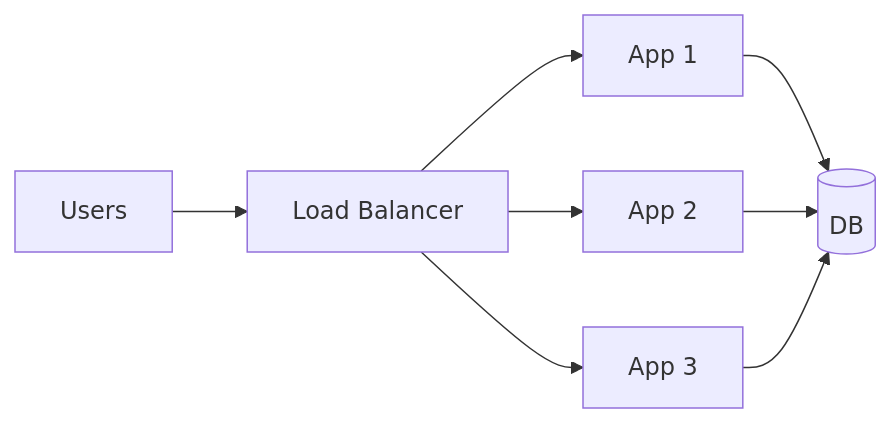
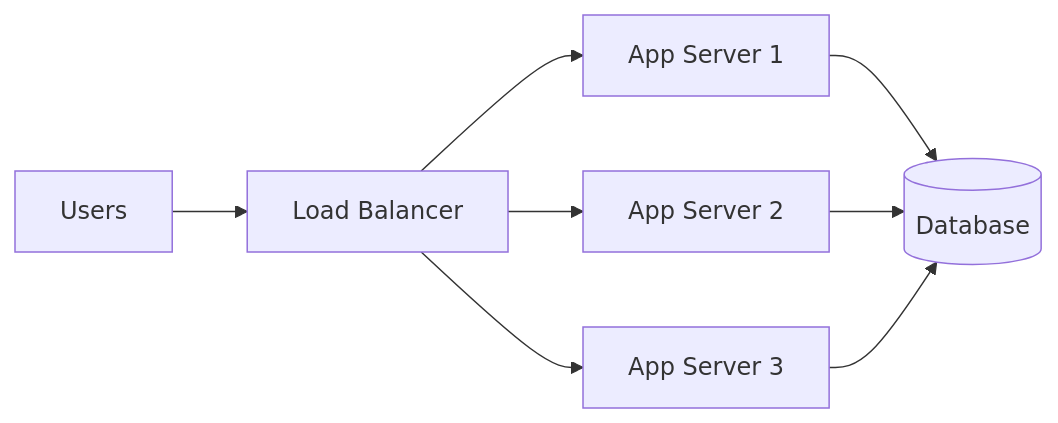
The second of 15 diagrams in fundamentals/05-load-balancing.md (saroj990/system-design), drawn with Mermaid before and after one commit. The commit also changed other lines of this file and 14 other files, not shown here.

````diff
--- a/fundamentals/05-load-balancing.md
+++ b/fundamentals/05-load-balancing.md
@@ -22,10 +47,10 @@
 ```mermaid
 flowchart LR
-  Users --> LB[Load Balancer]
-  LB --> A1[App 1]
-  LB --> A2[App 2]
-  LB --> A3[App 3]
-  A1 --> DB[(DB)]
+  Users[Users] --> LB[Load Balancer]
+  LB --> A1[App Server 1]
+  LB --> A2[App Server 2]
+  LB --> A3[App Server 3]
+  A1 --> DB[(Database)]
   A2 --> DB
   A3 --> DB
 ```
````
